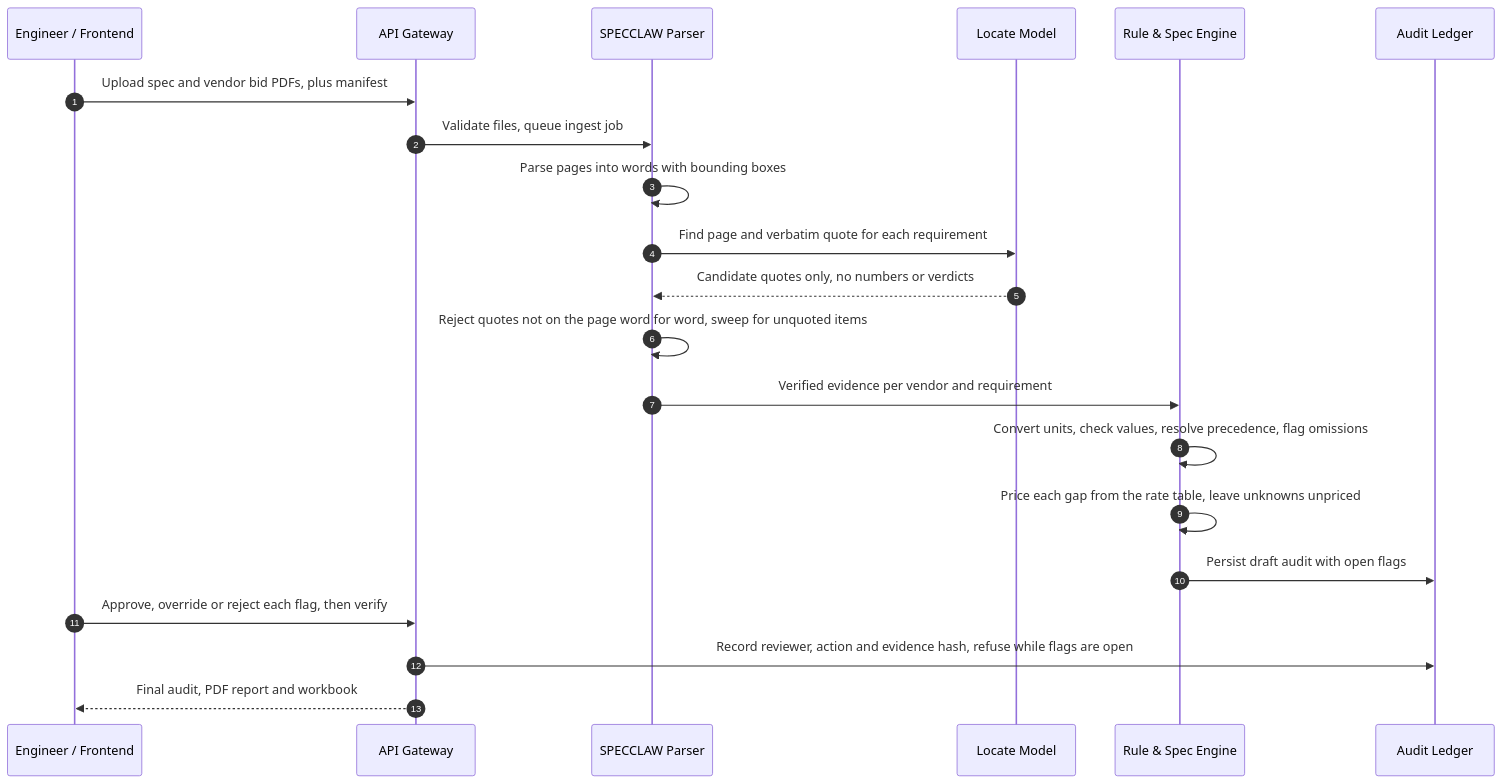
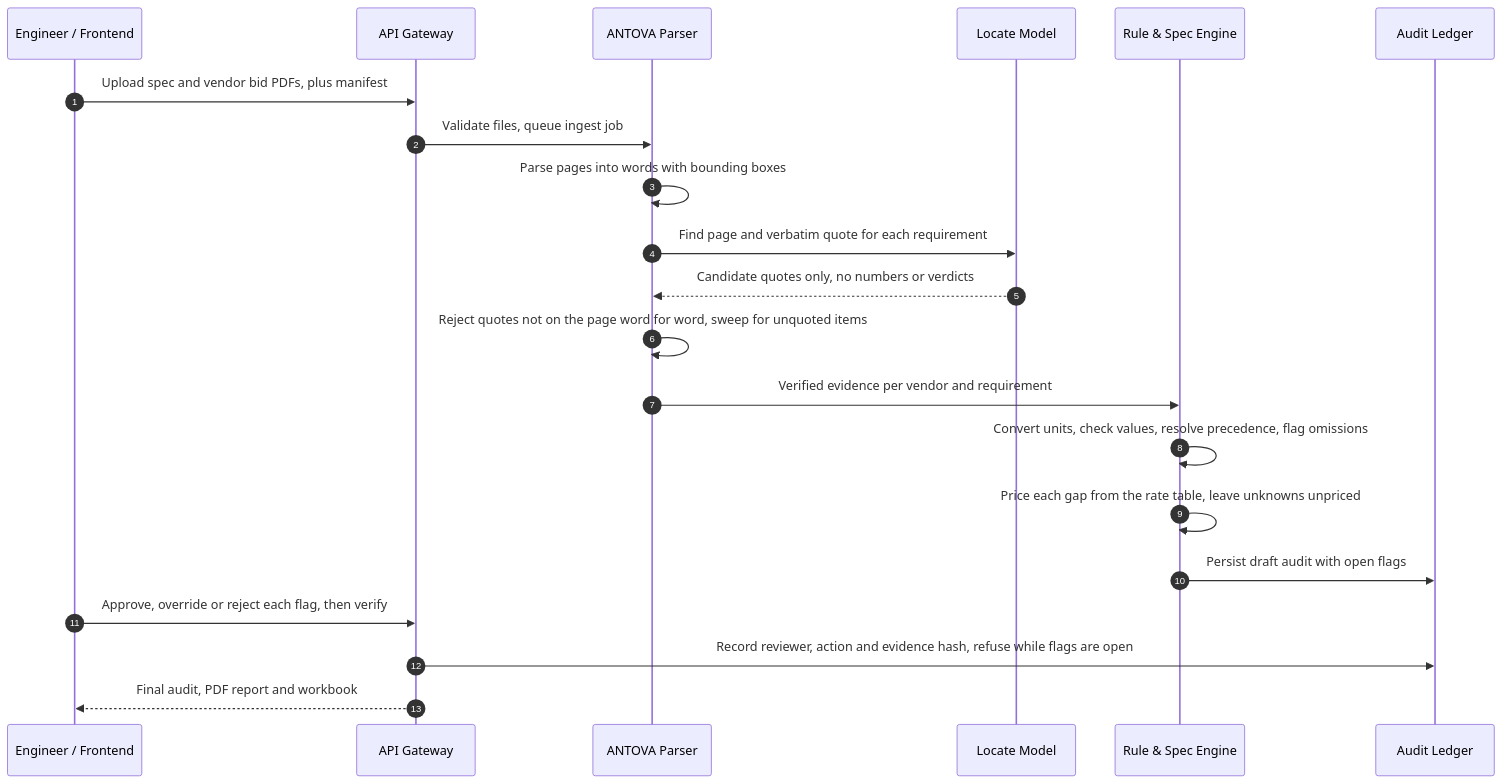
Before and after one commit to akhilyad/antova-yc-ready: the diagram in README.md, drawn with Mermaid. The commit also changed other lines of this file and 459 other files, not shown here.

First line of the commit message:
chore: rename specclaw to antova_backend, drop handoff brief and all assistant mentions

````diff
--- a/README.md
+++ b/README.md
@@ -30,24 +30,24 @@
 ```mermaid
 sequenceDiagram
     autonumber
     participant E as Engineer / Frontend
     participant G as API Gateway
-    participant P as SPECCLAW Parser
+    participant P as ANTOVA Parser
     participant L as Locate Model
     participant R as Rule & Spec Engine
     participant A as Audit Ledger
 
     E->>G: Upload spec and vendor bid PDFs, plus manifest
     G->>P: Validate files, queue ingest job
     P->>P: Parse pages into words with bounding boxes
     P->>L: Find page and verbatim quote for each requirement
     L-->>P: Candidate quotes only, no numbers or verdicts
     P->>P: Reject quotes not on the page word for word, sweep for unquoted items
     P->>R: Verified evidence per vendor and requirement
     R->>R: Convert units, check values, resolve precedence, flag omissions
     R->>R: Price each gap from the rate table, leave unknowns unpriced
     R->>A: Persist draft audit with open flags
     E->>G: Approve, override or reject each flag, then verify
     G->>A: Record reviewer, action and evidence hash, refuse while flags are open
     G-->>E: Final audit, PDF report and workbook
 ```
````
